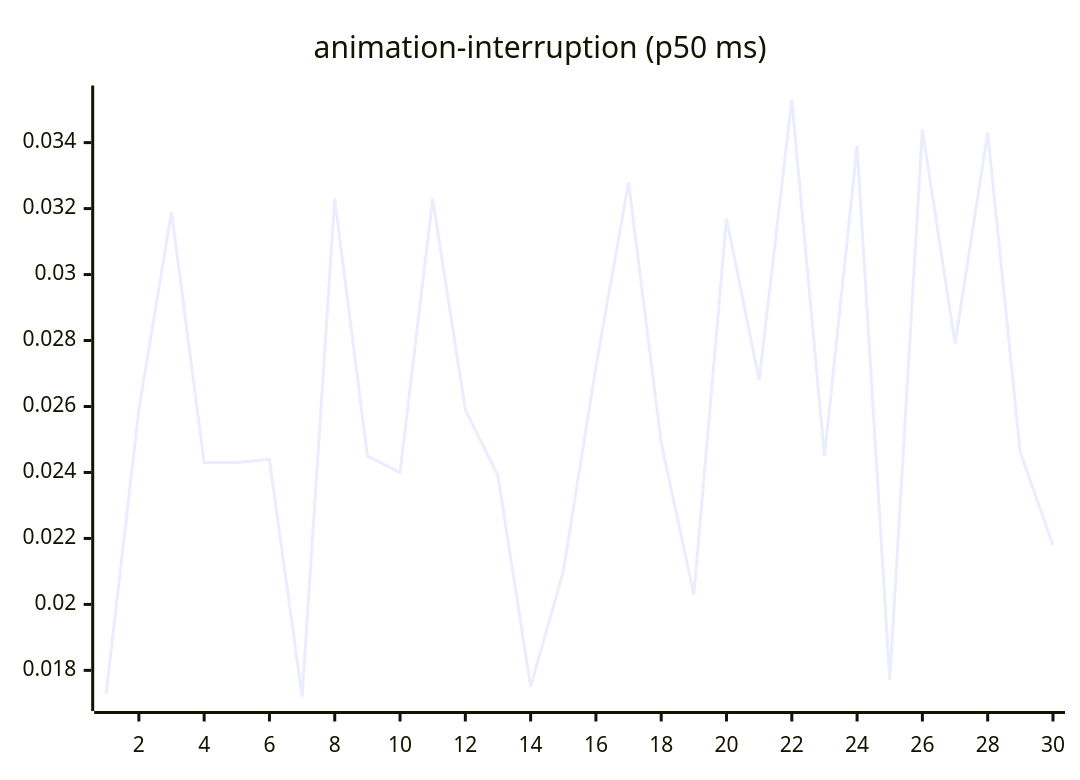
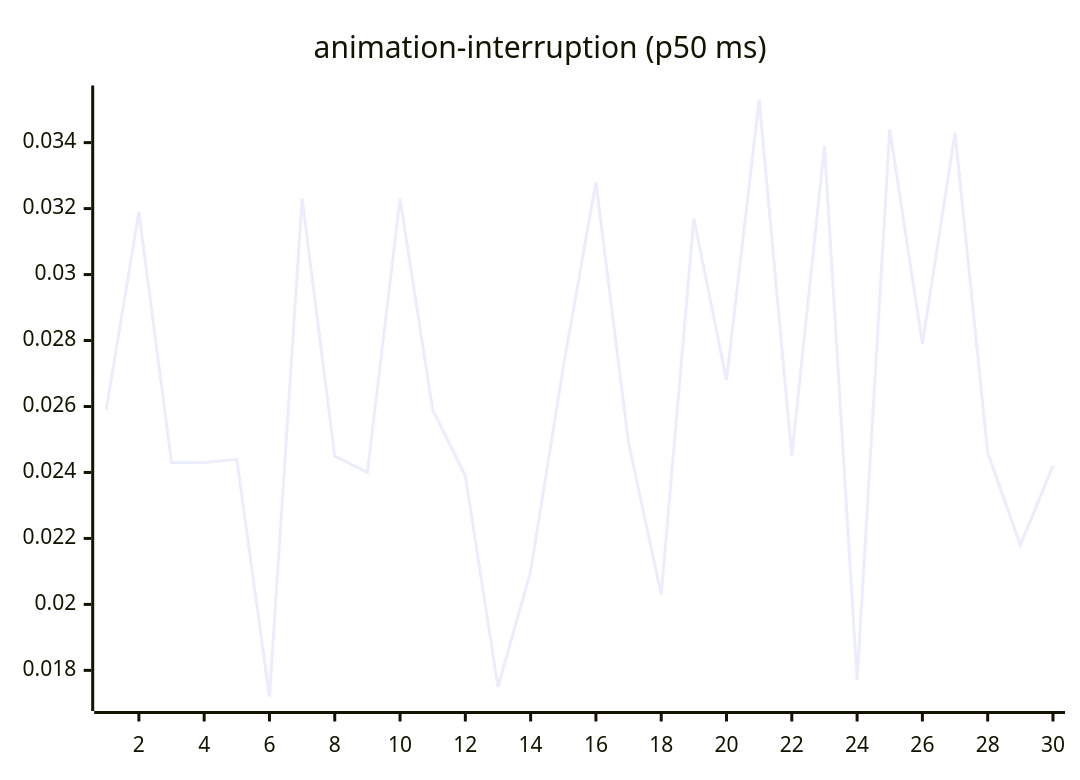
Before and after one commit to josha/Facet: the third of 27 diagrams in README.md, drawn with Mermaid. The commit also changed other lines of this file and 2 other files, not shown here.

````diff
--- a/README.md
+++ b/README.md
@@ -77,6 +77,6 @@
 ```mermaid
 xychart-beta
     title "animation-interruption (p50 ms)"
     x-axis 1 --> 30
-    line [0.0173, 0.0259, 0.0319, 0.0243, 0.0243, 0.0244, 0.0172, 0.0323, 0.0245, 0.0240, 0.0323, 0.0259, 0.0239, 0.0175, 0.0210, 0.0272, 0.0328, 0.0249, 0.0203, 0.0317, 0.0268, 0.0353, 0.0245, 0.0339, 0.0177, 0.0344, 0.0279, 0.0343, 0.0246, 0.0218]
+    line [0.0259, 0.0319, 0.0243, 0.0243, 0.0244, 0.0172, 0.0323, 0.0245, 0.0240, 0.0323, 0.0259, 0.0239, 0.0175, 0.0210, 0.0272, 0.0328, 0.0249, 0.0203, 0.0317, 0.0268, 0.0353, 0.0245, 0.0339, 0.0177, 0.0344, 0.0279, 0.0343, 0.0246, 0.0218, 0.0242]
 ```
````
